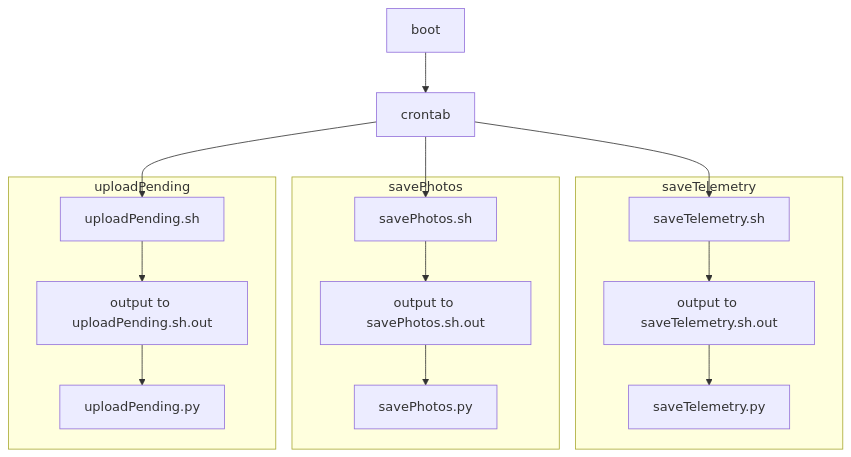
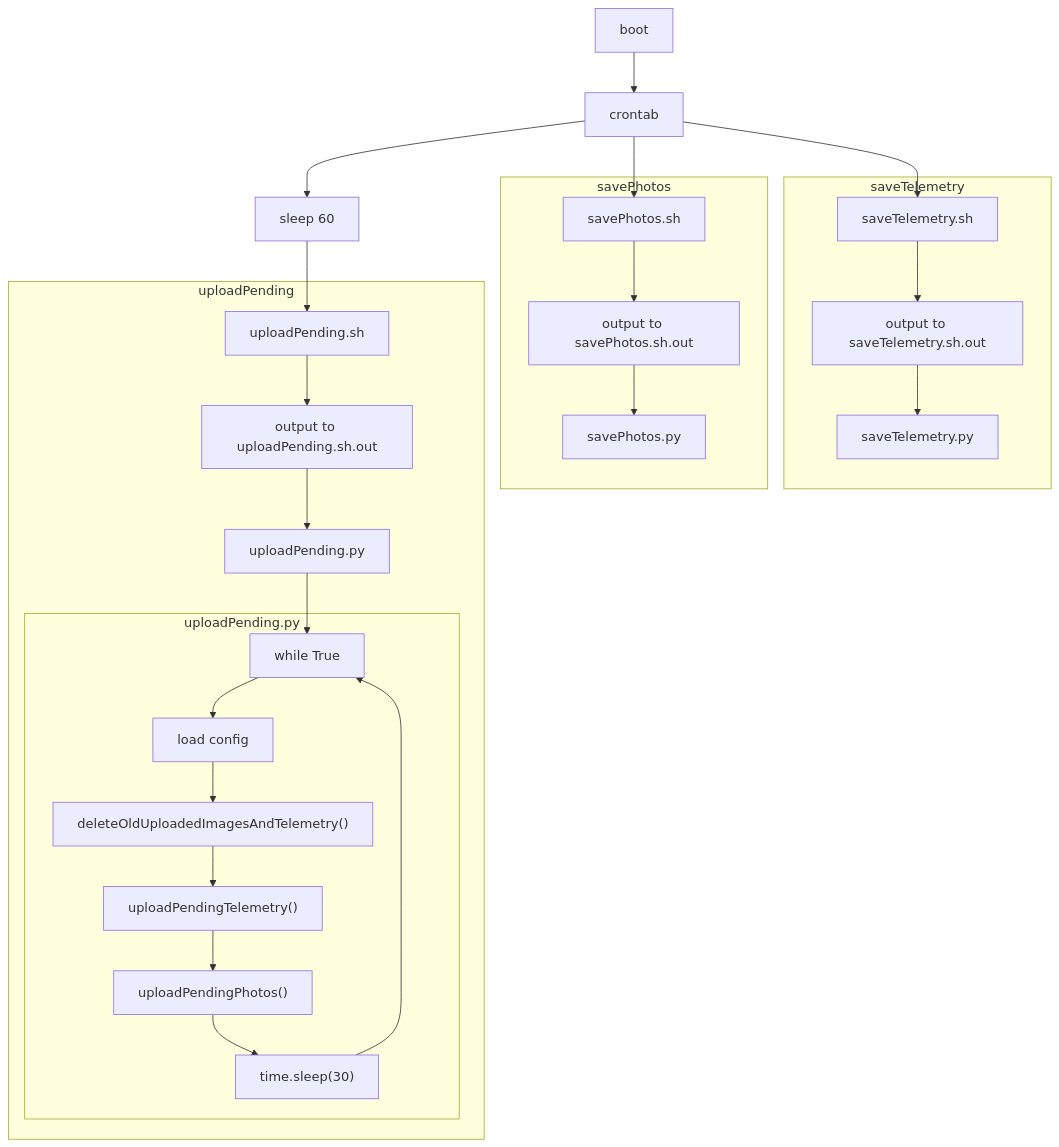
One commit to venari/timelapse changed the diagram in scripts/execution_flow.md. Above: the diagram before and after it, drawn with Mermaid.

Commit message:
add uploadPending.py to execution flow graph

````diff
--- a/scripts/execution_flow.md
+++ b/scripts/execution_flow.md
@@ -1,22 +1,26 @@
 ```mermaid
 graph TD
     boot --> crontab
     crontab --> saveTelemetry.sh
     crontab --> savePhotos.sh
-    crontab --> uploadPending.sh
+    crontab --> sleep[sleep 60] --> uploadPending.sh
 
     subgraph saveTelemetry
     saveTelemetry.sh --> outTel[output to saveTelemetry.sh.out]
     outTel --> saveTelemetry.py
     end
 
     subgraph savePhotos
     savePhotos.sh --> outPhotos[output to savePhotos.sh.out]
     outPhotos --> savePhotos.py
     end
 
     subgraph uploadPending
     uploadPending.sh --> outPending[output to uploadPending.sh.out]
-    outPending --> uploadPending.py
+    outPending --> uploadPending.py --> upPendingLoop[while True]
+    subgraph uploadPendingpy[uploadPending.py]
+    upPendingLoop --> loadConfig[load config] --> deleteOld["deleteOldUploadedImagesAndTelemetry()"] --> upPenTel["uploadPendingTelemetry()"] --> upPenPhot["uploadPendingPhotos()"] --> sleep2["time.sleep(30)"]
+    sleep2 --> upPendingLoop
+    end
     end
 ```
````
